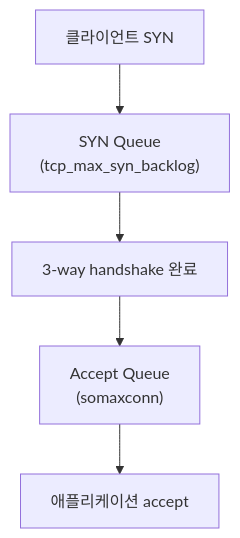
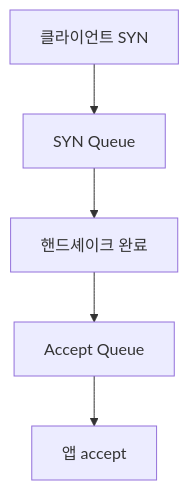
Before and after one commit to moonblueblue/devops-wiki: the first of 2 diagrams in content/linux/boot-init/kernel-parameters.md, drawn with Mermaid. The commit also changed other lines of this file and 37 other files, not shown here.

First line of the commit message:
style: linux 카테고리 ASCII 도표·Mermaid 라벨 형식 교정

````diff
--- a/content/linux/boot-init/kernel-parameters.md
+++ b/content/linux/boot-init/kernel-parameters.md
@@ -84,10 +84,10 @@
 ```mermaid
 graph TD
     A[클라이언트 SYN]
-    B["SYN Queue\n(tcp_max_syn_backlog)"]
-    C[3-way handshake 완료]
-    D["Accept Queue\n(somaxconn)"]
-    E[애플리케이션 accept]
+    B[SYN Queue]
+    C[핸드셰이크 완료]
+    D[Accept Queue]
+    E[앱 accept]
 
     A --> B --> C --> D --> E
 ```
````
